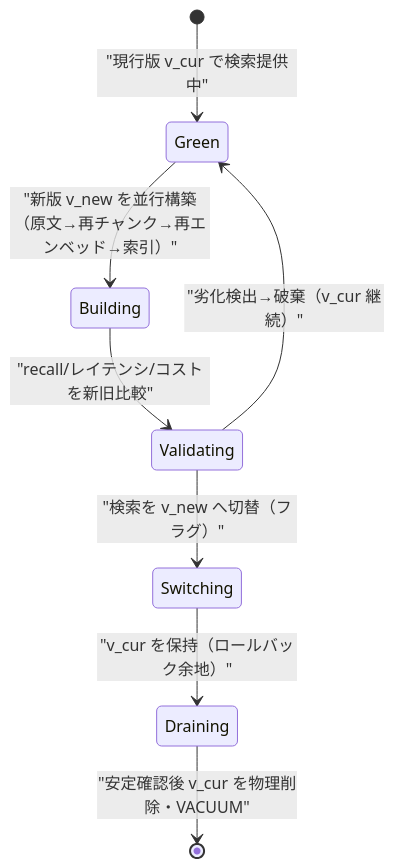
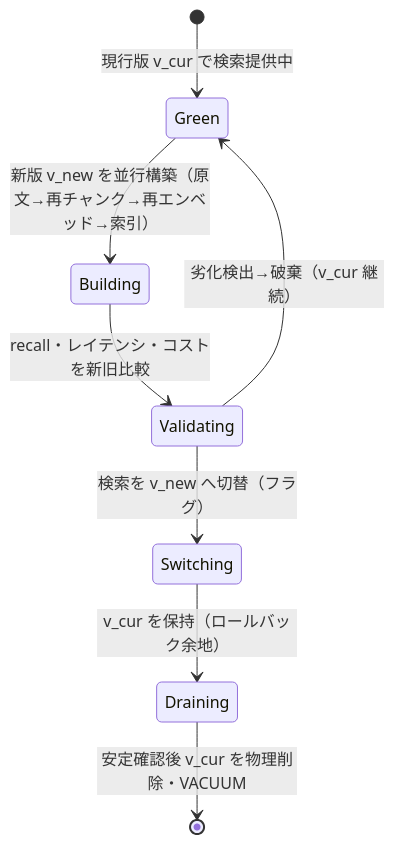
One commit to TSUNAGUBA/akebono-honshu changed the fourth of 8 diagrams in docs/platform-design/detailed-design/23-ai-rag-and-vectorization.md. Above: the diagram before and after it, drawn with Mermaid. The commit also changed other lines of this file and 30 other files, not shown here.

````diff
--- a/docs/platform-design/detailed-design/23-ai-rag-and-vectorization.md
+++ b/docs/platform-design/detailed-design/23-ai-rag-and-vectorization.md
@@ -256,10 +257,10 @@
 ```mermaid
 stateDiagram-v2
-    [*] --> Green: "現行版 v_cur で検索提供中"
-    Green --> Building: "新版 v_new を並行構築<br/>（原文→再チャンク→再エンベッド→索引）"
-    Building --> Validating: "recall/レイテンシ/コストを新旧比較"
-    Validating --> Switching: "検索を v_new へ切替（フラグ）"
-    Validating --> Green: "劣化検出→破棄（v_cur 継続）"
-    Switching --> Draining: "v_cur を保持（ロールバック余地）"
-    Draining --> [*]: "安定確認後 v_cur を物理削除・VACUUM"
+    [*] --> Green: 現行版 v_cur で検索提供中
+    Green --> Building: 新版 v_new を並行構築（原文→再チャンク→再エンベッド→索引）
+    Building --> Validating: recall・レイテンシ・コストを新旧比較
+    Validating --> Switching: 検索を v_new へ切替（フラグ）
+    Validating --> Green: 劣化検出→破棄（v_cur 継続）
+    Switching --> Draining: v_cur を保持（ロールバック余地）
+    Draining --> [*]: 安定確認後 v_cur を物理削除・VACUUM
 ```
````
